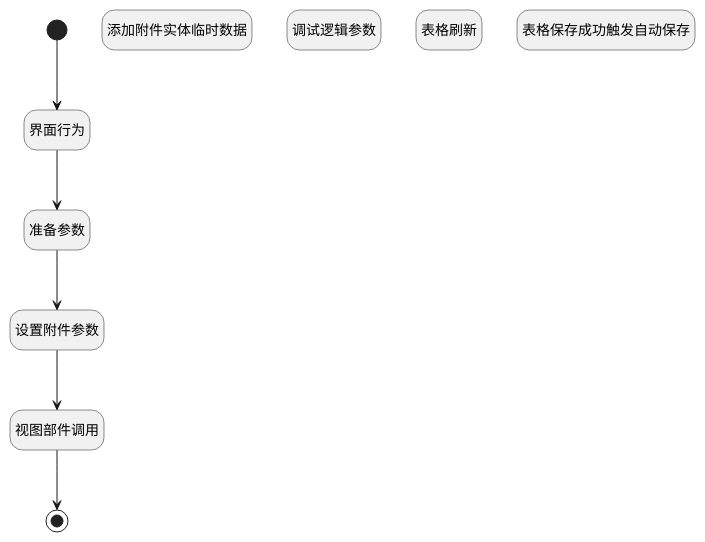
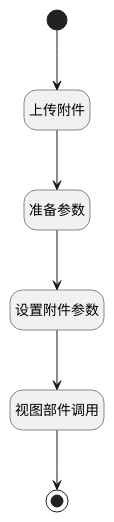
Before and after one commit to iBizLab/plm: the diagram in doc/docsify/module/Base/attachment/uilogic/add_attachment.md, drawn with PlantUML. The commit also changed other lines of this file and 1068 other files, not shown here.

````diff
--- a/doc/docsify/module/Base/attachment/uilogic/add_attachment.md
+++ b/doc/docsify/module/Base/attachment/uilogic/add_attachment.md
@@ -7,31 +7,27 @@
 ```plantuml
 @startuml
 hide footbox
 <style>
 root {
   HyperlinkColor #42b983
 }
 </style>
 
 hide empty description
 state "开始" as Begin <<start>> [[$./add_attachment#begin {开始}]]
+state "结束" as END1 <<end>> [[$./add_attachment#end1 {结束}]]
+state "上传附件" as DEUIACTION1  [[$./add_attachment#deuiaction1 {上传附件}]]
+state "视图部件调用" as VIEWCTRLINVOKE2  [[$./add_attachment#viewctrlinvoke2 {视图部件调用}]]
+state "准备参数" as PREPAREJSPARAM1  [[$./add_attachment#preparejsparam1 {准备参数}]]
 state "设置附件参数" as RAWJSCODE4  [[$./add_attachment#rawjscode4 {设置附件参数}]]
-state "准备参数" as PREPAREJSPARAM1  [[$./add_attachment#preparejsparam1 {准备参数}]]
-state "结束" as END1 <<end>> [[$./add_attachment#end1 {结束}]]
-state "添加附件实体临时数据" as RAWJSCODE2  [[$./add_attachment#rawjscode2 {添加附件实体临时数据}]]
-state "调试逻辑参数" as DEBUGPARAM1  [[$./add_attachment#debugparam1 {调试逻辑参数}]]
-state "表格刷新" as VIEWCTRLINVOKE1  [[$./add_attachment#viewctrlinvoke1 {表格刷新}]]
-state "视图部件调用" as VIEWCTRLINVOKE2  [[$./add_attachment#viewctrlinvoke2 {视图部件调用}]]
-state "表格保存成功触发自动保存" as VIEWCTRLFIREEVENT1  [[$./add_attachment#viewctrlfireevent1 {表格保存成功触发自动保存}]]
-state "界面行为" as DEUIACTION1  [[$./add_attachment#deuiaction1 {界面行为}]]
 
 
 Begin --> DEUIACTION1
 DEUIACTION1 --> PREPAREJSPARAM1
 PREPAREJSPARAM1 --> RAWJSCODE4
 RAWJSCODE4 --> VIEWCTRLINVOKE2
 VIEWCTRLINVOKE2 --> END1
 
 
 @enduml
 ```
````
